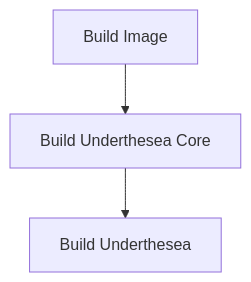
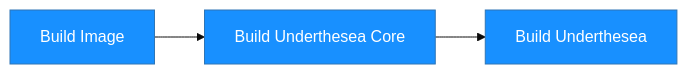
One commit to bedonbosco/NLP changed the diagram in Developer-Guide:-Support-new-python-version.md. Above: the diagram before and after it, drawn with Mermaid. The commit also changed other lines of this file, not shown here.

````diff
--- a/Developer-Guide:-Support-new-python-version.md
+++ b/Developer-Guide:-Support-new-python-version.md
@@ -3,5 +3,6 @@
 ```mermaid
-graph TD
+%%{init: {'theme': 'base', 'themeVariables': { 'primaryColor': '#1890ff', 'secondaryColor': '#ff4d4f', 'tertiaryColor': '#52c41a', 'primaryTextColor': '#ffffff', 'secondaryTextColor': '#ffffff', 'tertiaryTextColor': '#ffffff', 'edgeLabelBackground':'#f0f0f0'}}}%%
+graph LR
     A[Build Image] --> B[Build Underthesea Core]
     B --> C[Build Underthesea]
 ```
````
